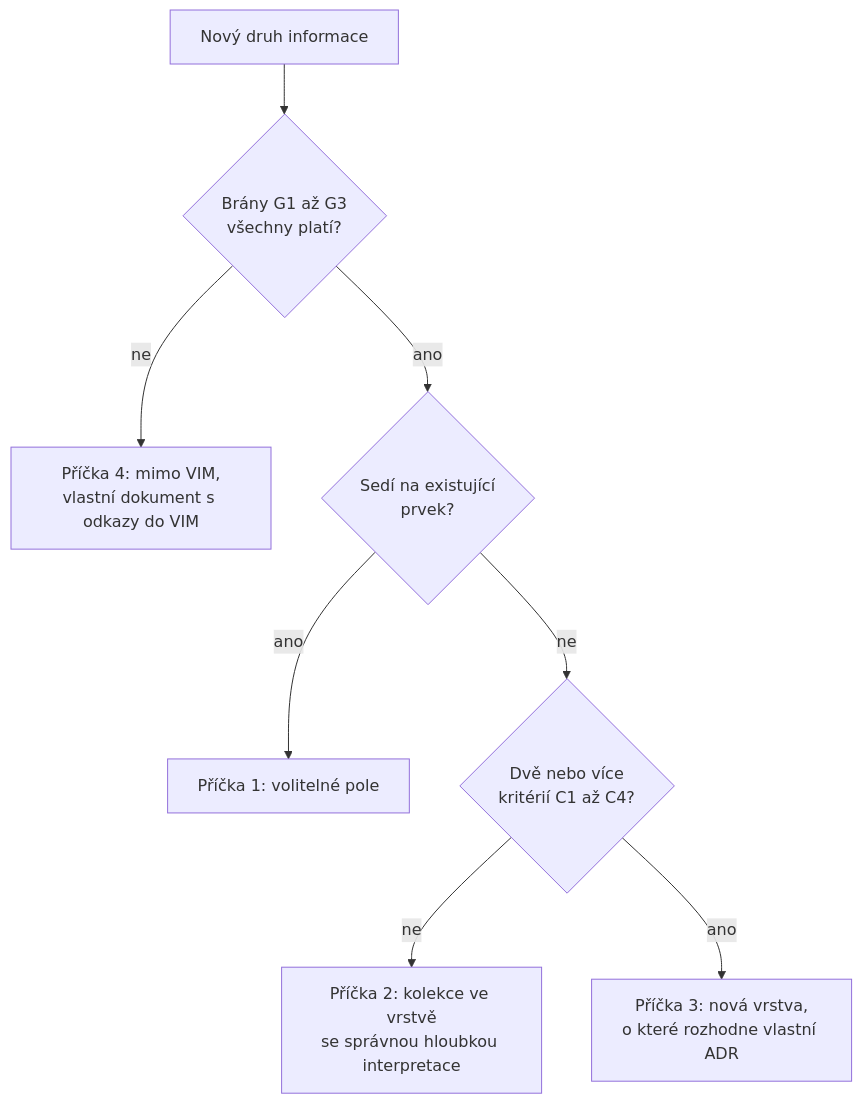
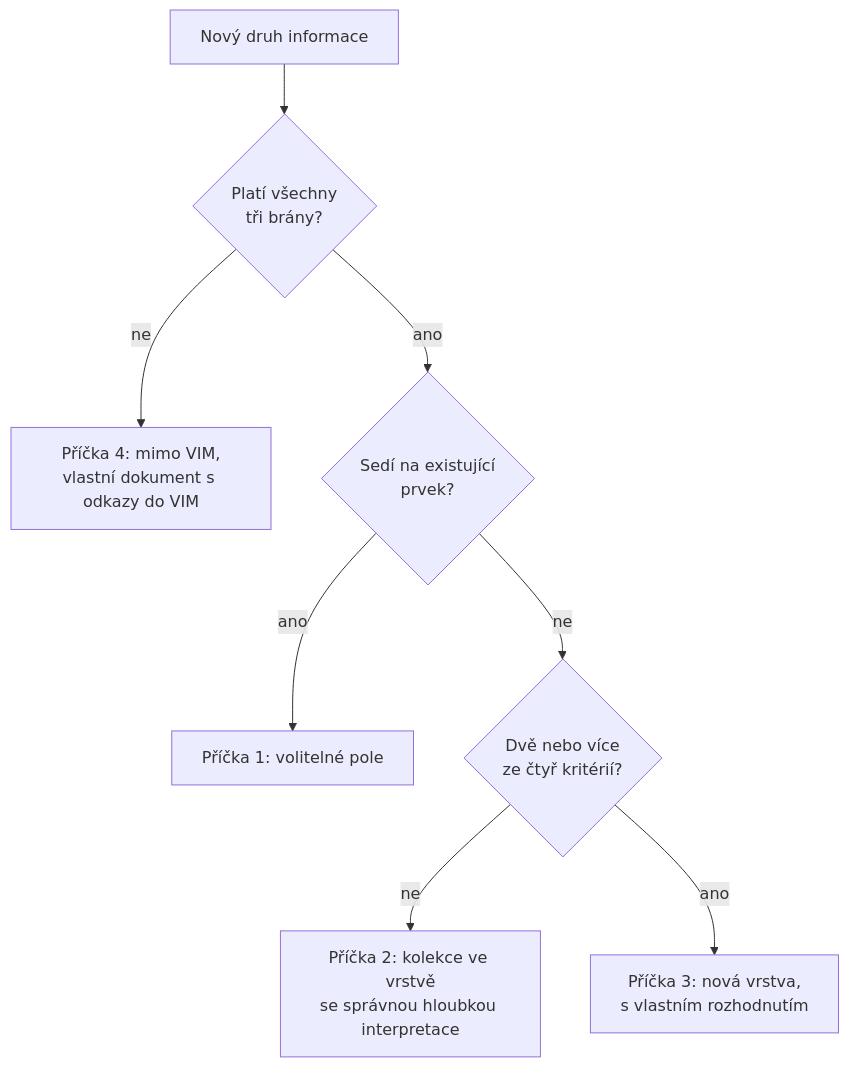
The diagram in docs/book/vim/chapters/05-a-promise-in-json-schema.cs.md (cassandragargoyle/api), drawn with Mermaid before and after one commit. The commit also changed other lines of this file and 22 other files, not shown here.

````diff
--- a/docs/book/vim/chapters/05-a-promise-in-json-schema.cs.md
+++ b/docs/book/vim/chapters/05-a-promise-in-json-schema.cs.md
@@ -119,11 +127,11 @@
 ```mermaid
-%% caption: Rozhodovací žebřík ADR-009: nová vrstva VIM je poslední příčka, až po třech branách a alespoň dvou ze čtyř kritérií
+%% caption: Rozhodovací žebřík: nová vrstva VIM je poslední příčka, až po třech branách a alespoň dvou ze čtyř kritérií
 flowchart TD
-    n["Nový druh informace"] --> g{"Brány G1 až G3<br/>všechny platí?"}
+    n["Nový druh informace"] --> g{"Platí všechny<br/>tři brány?"}
     g -- ne --> s4["Příčka 4: mimo VIM,<br/>vlastní dokument s odkazy do VIM"]
     g -- ano --> e{"Sedí na existující<br/>prvek?"}
     e -- ano --> s1["Příčka 1: volitelné pole"]
-    e -- ne --> c{"Dvě nebo více<br/>kritérií C1 až C4?"}
+    e -- ne --> c{"Dvě nebo více<br/>ze čtyř kritérií?"}
     c -- ne --> s2["Příčka 2: kolekce ve vrstvě<br/>se správnou hloubkou interpretace"]
-    c -- ano --> s3["Příčka 3: nová vrstva,<br/>o které rozhodne vlastní ADR"]
+    c -- ano --> s3["Příčka 3: nová vrstva,<br/>s vlastním rozhodnutím"]
 ```
````
